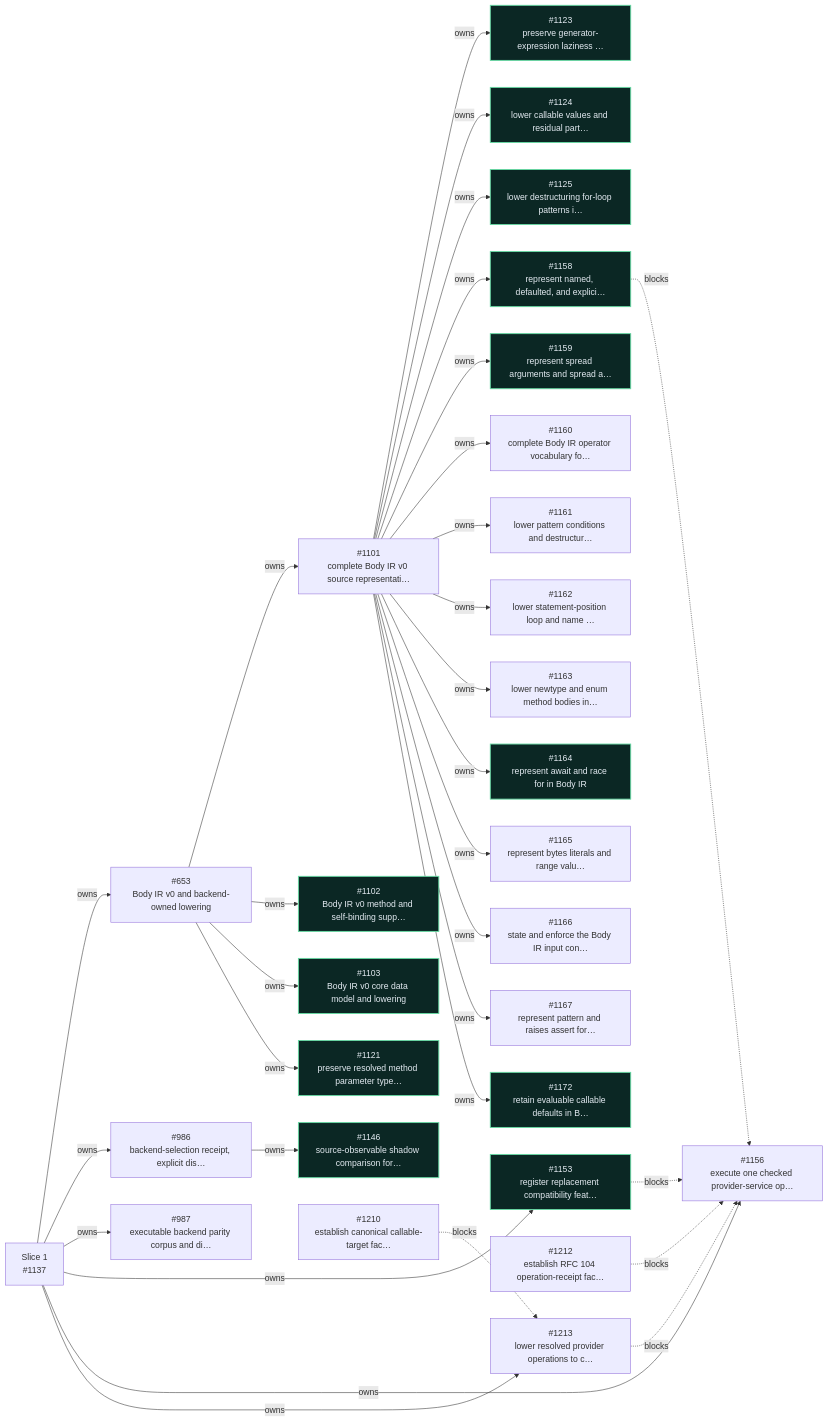
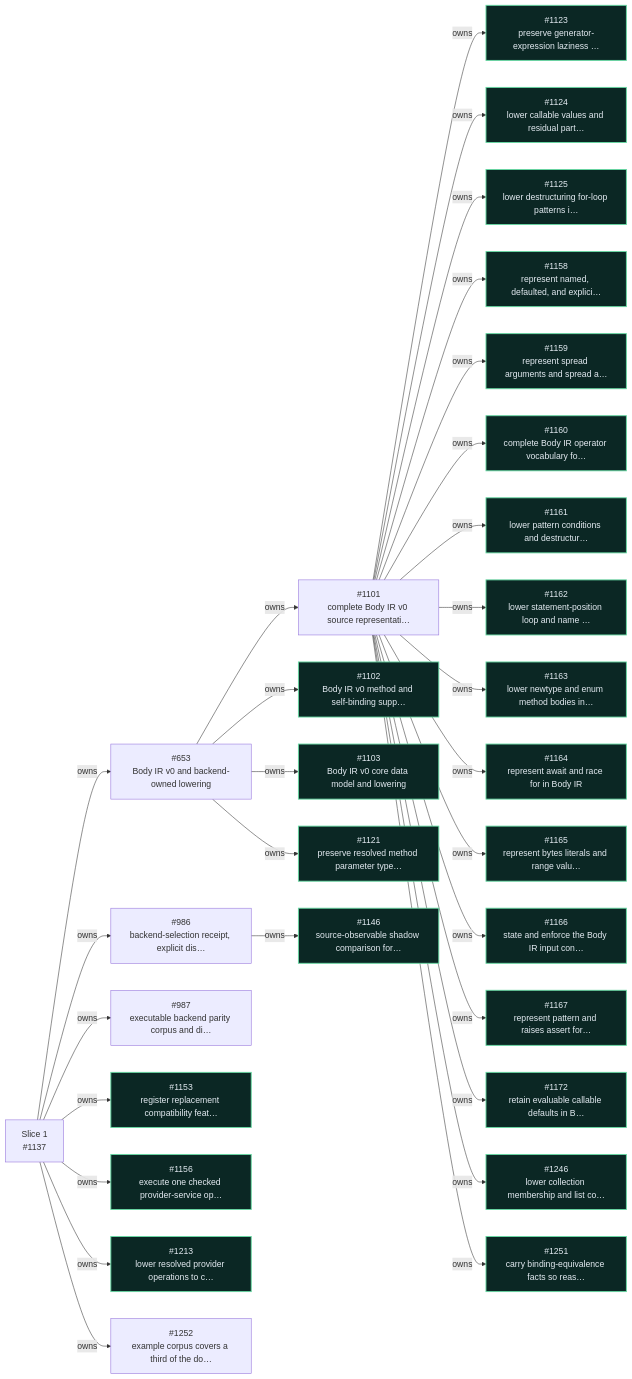
One commit to dannys-code-corner/incan changed the first of 8 diagrams in workspaces/docs-site/docs/_snippets/project/v0_6_roadmap.md. Above: the diagram before and after it, drawn with Mermaid. The commit also changed other lines of this file and 4 other files, not shown here.

````diff
--- a/workspaces/docs-site/docs/_snippets/project/v0_6_roadmap.md
+++ b/workspaces/docs-site/docs/_snippets/project/v0_6_roadmap.md
@@ -88,9 +88,10 @@
   i1166["#1166<br/>state and enforce the Body IR input con…"]
   i1167["#1167<br/>represent pattern and raises assert for…"]
   i1172["#1172<br/>retain evaluable callable defaults in B…"]
-  i1210["#1210<br/>establish canonical callable-target fac…"]
-  i1212["#1212<br/>establish RFC 104 operation-receipt fac…"]
   i1213["#1213<br/>lower resolved provider operations to c…"]
+  i1246["#1246<br/>lower collection membership and list co…"]
+  i1251["#1251<br/>carry binding-equivalence facts so reas…"]
+  i1252["#1252<br/>example corpus covers a third of the do…"]
   s1137 -- owns --> i653
   s1137 -- owns --> i986
   s1137 -- owns --> i987
@@ -116,13 +117,11 @@
   i1101 -- owns --> i1167
   i1101 -- owns --> i1172
   s1137 -- owns --> i1213
-  i1158 -. blocks .-> i1156
-  i1153 -. blocks .-> i1156
-  i1212 -. blocks .-> i1156
-  i1213 -. blocks .-> i1156
-  i1210 -. blocks .-> i1213
+  i1101 -- owns --> i1246
+  i1101 -- owns --> i1251
+  s1137 -- owns --> i1252
   classDef incv06complete fill:#0b2724,stroke:#66d9a3,color:#e4ebf2,stroke-width:1.7px
-  class i1102,i1103,i1121,i1123,i1124,i1125,i1146,i1153,i1158,i1159,i1164,i1172 incv06complete
+  class i1102,i1103,i1121,i1123,i1124,i1125,i1146,i1153,i1156,i1158,i1159,i1160,i1161,i1162,i1163,i1164,i1165,i1166,i1167,i1172,i1213,i1246,i1251 incv06complete
   click i653 href "https://github.com/encero-systems/incan/issues/653" "Open #653 on GitHub"
   click i986 href "https://github.com/encero-systems/incan/issues/986" "Open #986 on GitHub"
   click i987 href "https://github.com/encero-systems/incan/issues/987" "Open #987 on GitHub"
@@ -148,7 +147,8 @@
   click i1166 href "https://github.com/encero-systems/incan/issues/1166" "Open #1166 on GitHub"
   click i1167 href "https://github.com/encero-systems/incan/issues/1167" "Open #1167 on GitHub"
   click i1172 href "https://github.com/encero-systems/incan/issues/1172" "Open #1172 on GitHub"
-  click i1210 href "https://github.com/encero-systems/incan/issues/1210" "Open #1210 on GitHub"
-  click i1212 href "https://github.com/encero-systems/incan/issues/1212" "Open #1212 on GitHub"
   click i1213 href "https://github.com/encero-systems/incan/issues/1213" "Open #1213 on GitHub"
+  click i1246 href "https://github.com/encero-systems/incan/issues/1246" "Open #1246 on GitHub"
+  click i1251 href "https://github.com/encero-systems/incan/issues/1251" "Open #1251 on GitHub"
+  click i1252 href "https://github.com/encero-systems/incan/issues/1252" "Open #1252 on GitHub"
 ```
````
